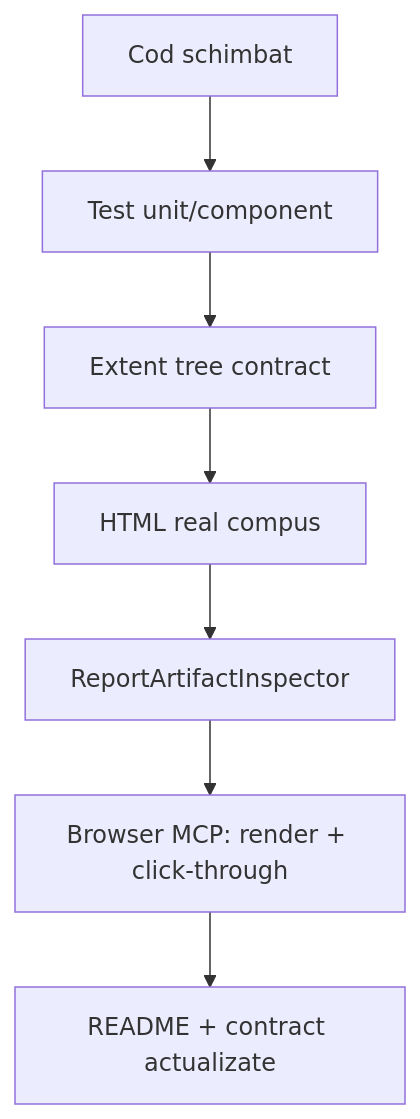
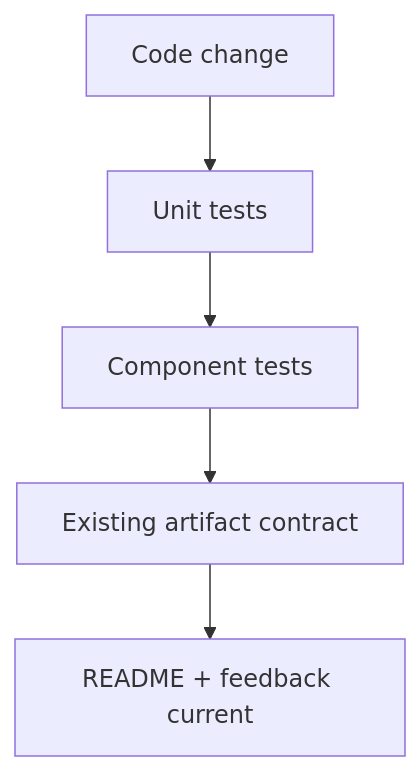
Before and after one commit to crististefanita/CS1: the second of 2 diagrams in docs/feedback/CONSTRUCTIVE_EVALUATION_RESOLUTION.md, drawn with Mermaid. The commit also changed other lines of this file and 210 other files, not shown here.

````diff
--- a/docs/feedback/CONSTRUCTIVE_EVALUATION_RESOLUTION.md
+++ b/docs/feedback/CONSTRUCTIVE_EVALUATION_RESOLUTION.md
@@ -118,9 +122,7 @@
 ```mermaid
 flowchart TD
-    C[Cod schimbat] --> U[Test unit/component]
-    U --> S[Extent tree contract]
-    S --> H[HTML real compus]
-    H --> I[ReportArtifactInspector]
-    I --> B[Browser MCP: render + click-through]
-    B --> D[README + contract actualizate]
+    Code[Code change] --> Unit[Unit tests]
+    Unit --> Component[Component tests]
+    Component --> Artifact[Existing artifact contract]
+    Artifact --> Docs[README + feedback current]
 ```
````
